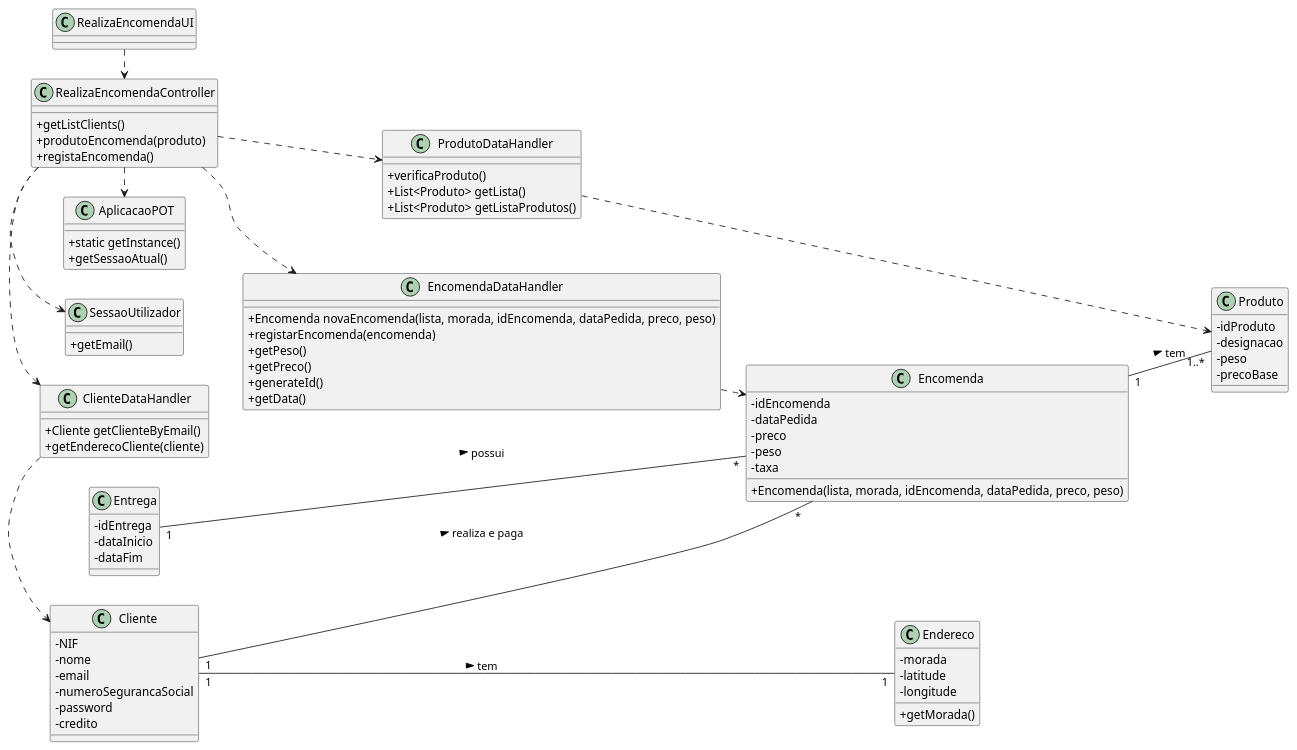
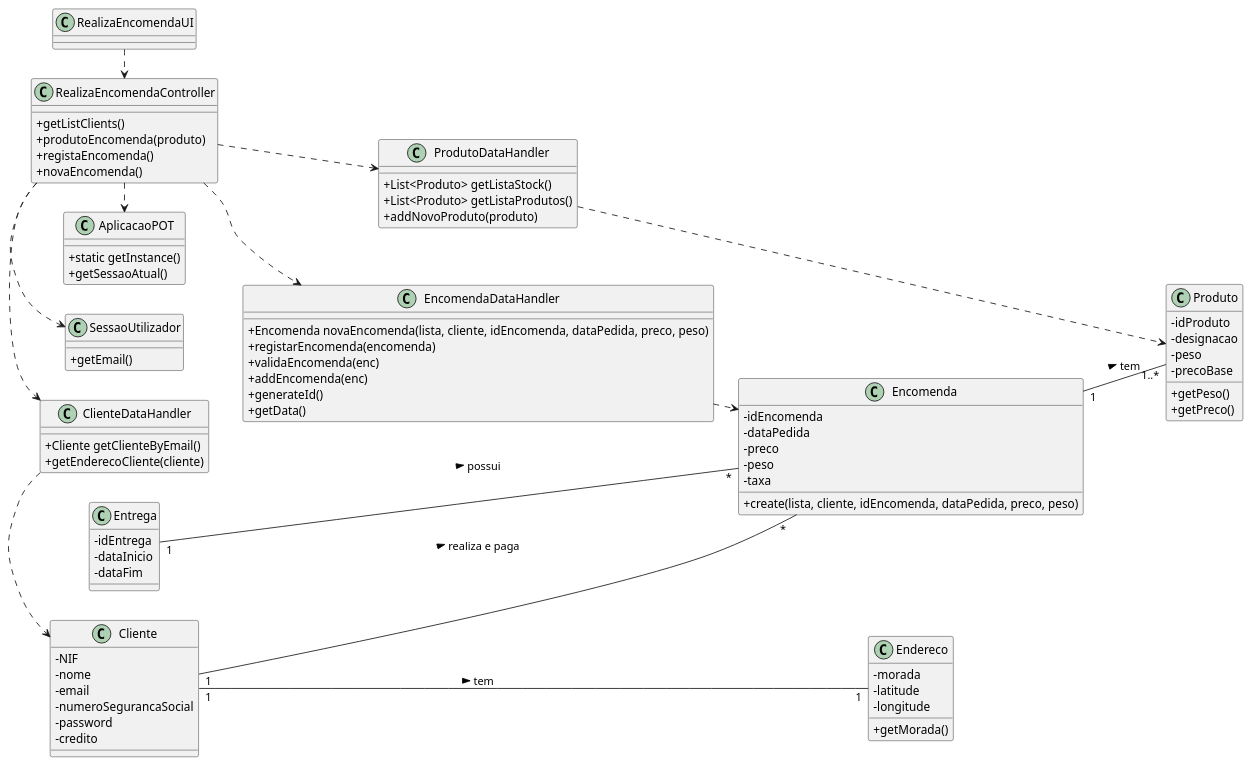
Before and after one commit to pedrolemos4/LAPR3: the diagram in docs/UC25/CD.puml, drawn with PlantUML. The commit also changed other lines of this file and 3 other files, not shown here.

```diff
--- a/docs/UC25/CD.puml
+++ b/docs/UC25/CD.puml
@@ -1,104 +1,106 @@
 @startuml
 skinparam classAttributeIconSize 0
 left to right direction
 
 
 class RealizaEncomendaUI {
     
 }
 
 class RealizaEncomendaController {
     +getListClients()
     +produtoEncomenda(produto)
     +registaEncomenda()
+    +novaEncomenda()
 }
 
 class ClienteDataHandler {
     +Cliente getClienteByEmail()
     +getEnderecoCliente(cliente)
 }
 
 class ProdutoDataHandler {
-    +verificaProduto()
-    +List<Produto> getLista()
+    +List<Produto> getListaStock()
     +List<Produto> getListaProdutos()
+    +addNovoProduto(produto)
 }
 
 class EncomendaDataHandler {
-    +Encomenda novaEncomenda(lista, morada, idEncomenda, dataPedida, preco, peso)
+    +Encomenda novaEncomenda(lista, cliente, idEncomenda, dataPedida, preco, peso)
     +registarEncomenda(encomenda)
-    +getPeso()
-    +getPreco()
+    +validaEncomenda(enc)
+    +addEncomenda(enc)
     +generateId()
     +getData()
 }
 
 class AplicacaoPOT
 {
   +static getInstance()
   +getSessaoAtual()
 }
 
-class SessaoUtilizador
-{
+class SessaoUtilizador{
   +getEmail()
 }
 
 
 
 class Entrega {
   -idEntrega
   -dataInicio
   -dataFim
 }
 
 class Encomenda {
   -idEncomenda
   -dataPedida
   -preco
   -peso
   -taxa
-  +Encomenda(lista, morada, idEncomenda, dataPedida, preco, peso)
+  +create(lista, cliente, idEncomenda, dataPedida, preco, peso)
 }
 
 class Produto {
-  -idProduto
-  -designacao
-  -peso
-  -precoBase
+    -idProduto
+    -designacao
+    -peso
+    -precoBase
+    +getPeso()
+    +getPreco()
 }
 
 class Endereco {
   -morada
   -latitude
   -longitude
   +getMorada()
 }
 
 class Cliente {
   -NIF
   -nome
   -email
   -numeroSegurancaSocial
   -password
   -credito
 }
 
 RealizaEncomendaUI .> RealizaEncomendaController
 RealizaEncomendaController .> SessaoUtilizador
 RealizaEncomendaController .> AplicacaoPOT
 RealizaEncomendaController .> ClienteDataHandler
 RealizaEncomendaController .> ProdutoDataHandler
 RealizaEncomendaController .> EncomendaDataHandler
 
 ClienteDataHandler .> Cliente
 ProdutoDataHandler .> Produto
 EncomendaDataHandler .> Encomenda
 
 
 Entrega "1" -- "*" Encomenda : possui >
 Cliente "1" -- "*" Encomenda: realiza e paga >
 Encomenda "1" -- "1..*" Produto: tem >
 Cliente "1" -- "1" Endereco: tem >
 
 @enduml
```
